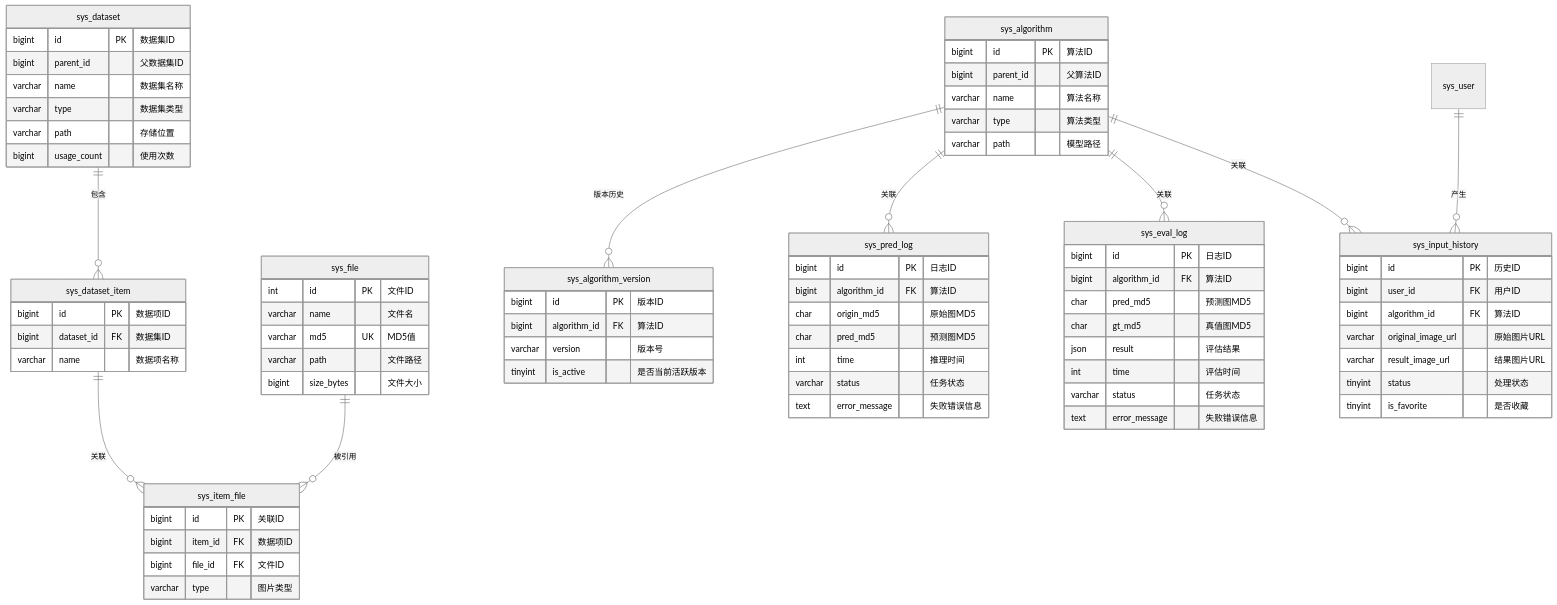
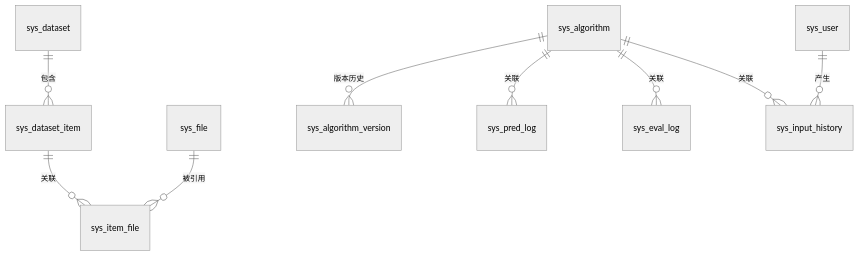
The third of 4 diagrams in dehaze-doc/docs/02-系统架构/03-数据库设计.md (earthy-zinc/dehaze-system), drawn with Mermaid (neutral theme) before and after one commit. The commit also changed other lines of this file and 13 other files, not shown here.

````diff
--- a/dehaze-doc/docs/02-系统架构/03-数据库设计.md
+++ b/dehaze-doc/docs/02-系统架构/03-数据库设计.md
@@ -145,80 +104,4 @@
     sys_algorithm ||--o{ sys_eval_log : "关联"
     sys_algorithm ||--o{ sys_input_history : "关联"
     sys_user ||--o{ sys_input_history : "产生"
-
-    sys_dataset {
-        bigint id PK "数据集ID"
-        bigint parent_id "父数据集ID"
-        varchar name "数据集名称"
-        varchar type "数据集类型"
-        varchar path "存储位置"
-        bigint usage_count "使用次数"
-    }
-
-    sys_dataset_item {
-        bigint id PK "数据项ID"
-        bigint dataset_id FK "数据集ID"
-        varchar name "数据项名称"
-    }
-
-    sys_item_file {
-        bigint id PK "关联ID"
-        bigint item_id FK "数据项ID"
-        bigint file_id FK "文件ID"
-        varchar type "图片类型"
-    }
-
-    sys_file {
-        int id PK "文件ID"
-        varchar name "文件名"
-        varchar md5 UK "MD5值"
-        varchar path "文件路径"
-        bigint size_bytes "文件大小"
-    }
-
-    sys_algorithm {
-        bigint id PK "算法ID"
-        bigint parent_id "父算法ID"
-        varchar name "算法名称"
-        varchar type "算法类型"
-        varchar path "模型路径"
-    }
-
-    sys_algorithm_version {
-        bigint id PK "版本ID"
-        bigint algorithm_id FK "算法ID"
-        varchar version "版本号"
-        tinyint is_active "是否当前活跃版本"
-    }
-
-    sys_pred_log {
-        bigint id PK "日志ID"
-        bigint algorithm_id FK "算法ID"
-        char origin_md5 "原始图MD5"
-        char pred_md5 "预测图MD5"
-        int time "推理时间"
-        varchar status "任务状态"
-        text error_message "失败错误信息"
-    }
-
-    sys_eval_log {
-        bigint id PK "日志ID"
-        bigint algorithm_id FK "算法ID"
-        char pred_md5 "预测图MD5"
-        char gt_md5 "真值图MD5"
-        json result "评估结果"
-        int time "评估时间"
-        varchar status "任务状态"
-        text error_message "失败错误信息"
-    }
-
-    sys_input_history {
-        bigint id PK "历史ID"
-        bigint user_id FK "用户ID"
-        bigint algorithm_id FK "算法ID"
-        varchar original_image_url "原始图片URL"
-        varchar result_image_url "结果图片URL"
-        tinyint status "处理状态"
-        tinyint is_favorite "是否收藏"
-    }
 ```
````
